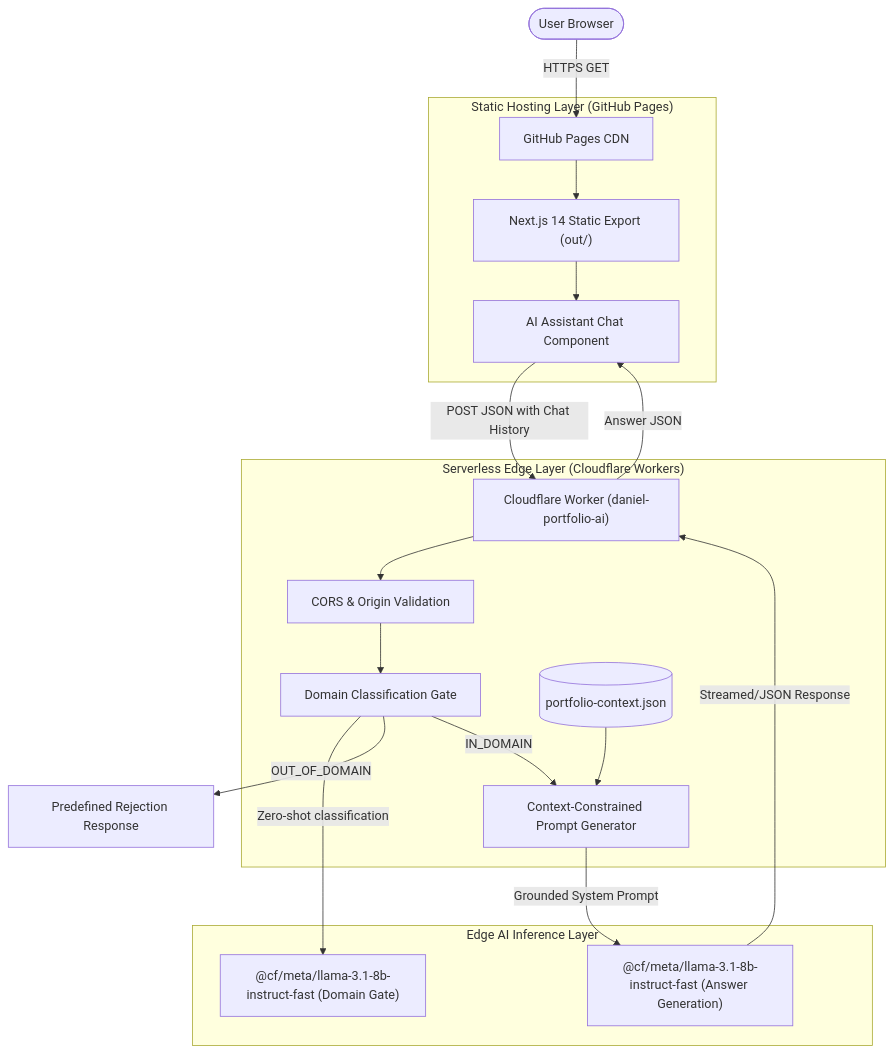
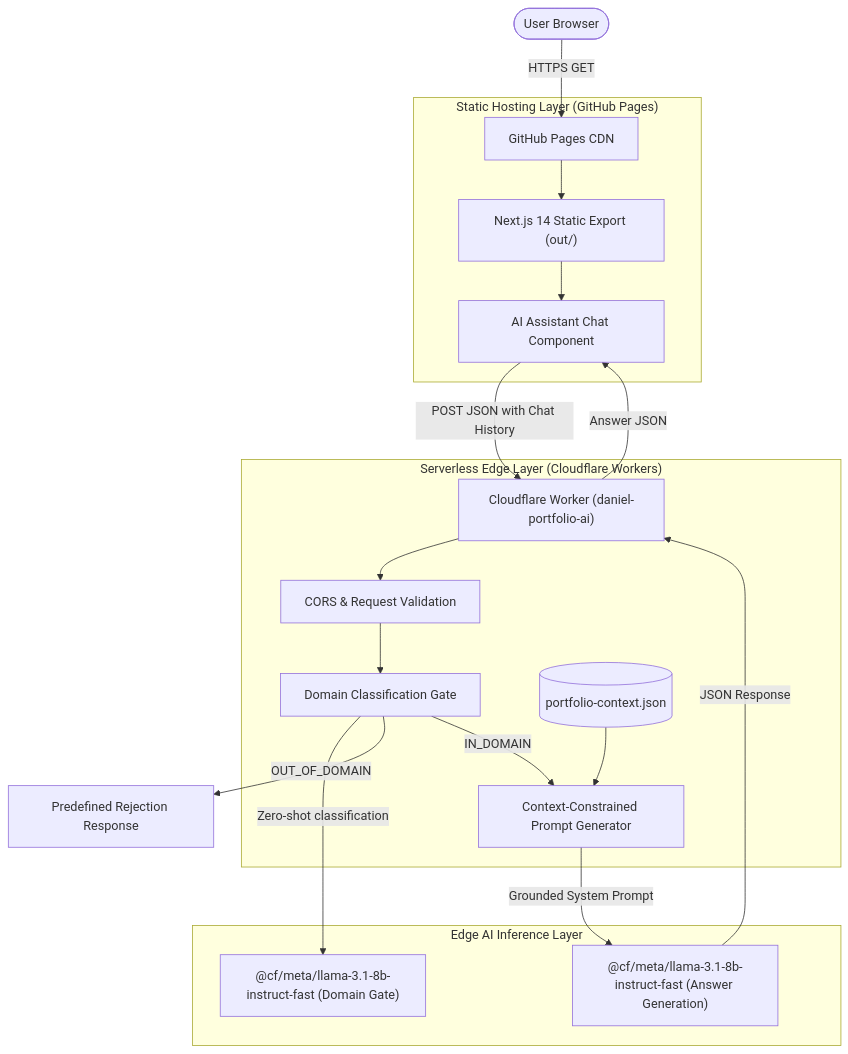
One commit to DanteBurbano27/DanteBurbano27.github.io changed the diagram in README.md. Above: the diagram before and after it, drawn with Mermaid. The commit also changed other lines of this file and 1 other file, not shown here.

Commit message:
docs: harden security statements, request validation details, and add PR CI validation

````diff
--- a/README.md
+++ b/README.md
@@ -17,39 +18,39 @@
 ```mermaid
 flowchart TD
     User([User Browser])
     
     subgraph Frontend["Static Hosting Layer (GitHub Pages)"]
         Pages["GitHub Pages CDN"]
         NextStatic["Next.js 14 Static Export (out/)"]
         ChatUI["AI Assistant Chat Component"]
     end
     
     subgraph Edge["Serverless Edge Layer (Cloudflare Workers)"]
         Worker["Cloudflare Worker (daniel-portfolio-ai)"]
-        CORS["CORS & Origin Validation"]
+        CORS["CORS & Request Validation"]
         DomainGate["Domain Classification Gate"]
         CtxPrompt["Context-Constrained Prompt Generator"]
         ContextData[("portfolio-context.json")]
     end
     
     subgraph AI["Edge AI Inference Layer"]
         LlamaClassifier["@cf/meta/llama-3.1-8b-instruct-fast (Domain Gate)"]
         LlamaGenerator["@cf/meta/llama-3.1-8b-instruct-fast (Answer Generation)"]
     end
 
     User -->|HTTPS GET| Pages
     Pages --> NextStatic
     NextStatic --> ChatUI
     ChatUI -->|POST JSON with Chat History| Worker
     Worker --> CORS
     CORS --> DomainGate
     DomainGate -->|Zero-shot classification| LlamaClassifier
     
     DomainGate -->|OUT_OF_DOMAIN| RejectMsg["Predefined Rejection Response"]
     DomainGate -->|IN_DOMAIN| CtxPrompt
     
     ContextData --> CtxPrompt
     CtxPrompt -->|Grounded System Prompt| LlamaGenerator
-    LlamaGenerator -->|Streamed/JSON Response| Worker
+    LlamaGenerator -->|JSON Response| Worker
     Worker -->|Answer JSON| ChatUI
 ```
````
